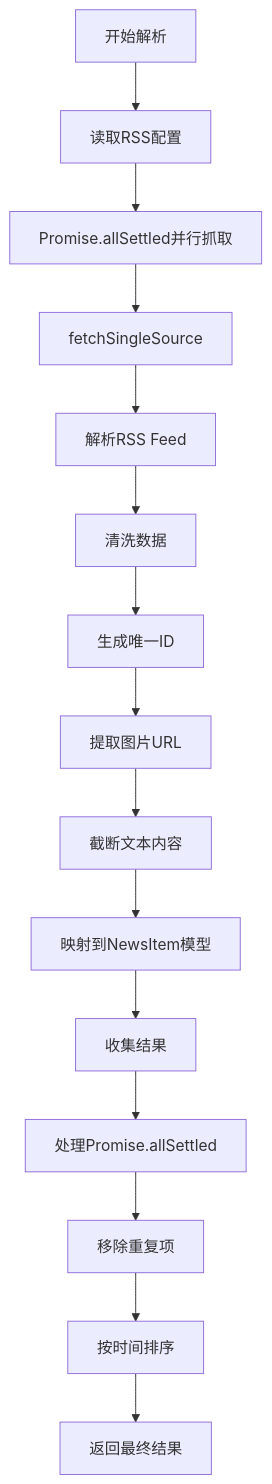
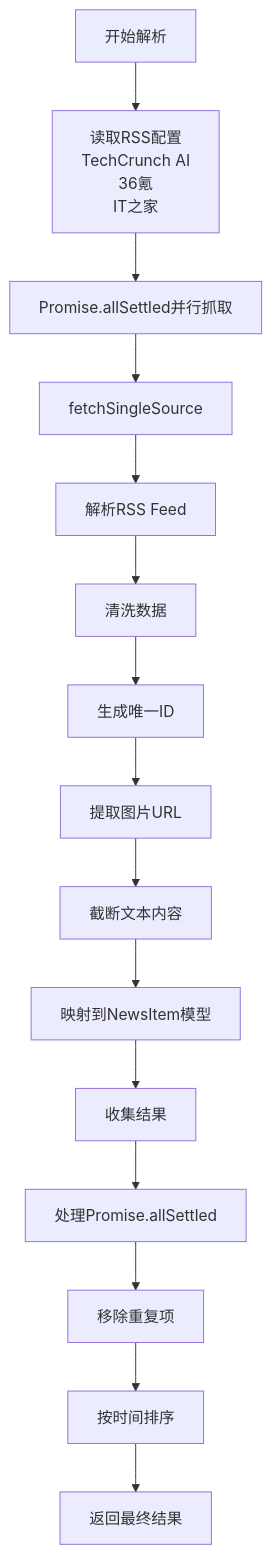
Before and after one commit to huanglixinccc/next-demo-collection: the sixth of 9 diagrams in .qoder/repowiki/zh/content/技术实现细节.md, drawn with Mermaid. The commit also changed other lines of this file and 10 other files, not shown here.

````diff
--- a/.qoder/repowiki/zh/content/技术实现细节.md
+++ b/.qoder/repowiki/zh/content/技术实现细节.md
@@ -253,17 +251,17 @@
 ```mermaid
 flowchart TD
-START[开始解析] --> PARSE_CONFIG[读取RSS配置]
+START[开始解析] --> PARSE_CONFIG[读取RSS配置<br/>TechCrunch AI<br/>36氪<br/>IT之家]
 PARSE_CONFIG --> PARALLEL_FETCH[Promise.allSettled并行抓取]
 PARALLEL_FETCH --> FETCH_SOURCE[fetchSingleSource]
 FETCH_SOURCE --> PARSE_FEED[解析RSS Feed]
 PARSE_FEED --> CLEAN_DATA[清洗数据]
 CLEAN_DATA --> GENERATE_ID[生成唯一ID]
 GENERATE_ID --> EXTRACT_IMAGE[提取图片URL]
 EXTRACT_IMAGE --> TRUNCATE_TEXT[截断文本内容]
 TRUNCATE_TEXT --> MAP_TO_MODEL[映射到NewsItem模型]
 MAP_TO_MODEL --> COLLECT_RESULTS[收集结果]
 COLLECT_RESULTS --> HANDLE_PROMISES[处理Promise.allSettled]
 HANDLE_PROMISES --> REMOVE_DUPLICATES[移除重复项]
 REMOVE_DUPLICATES --> SORT_BY_DATE[按时间排序]
 SORT_BY_DATE --> RETURN_RESULT[返回最终结果]
 ```
````
